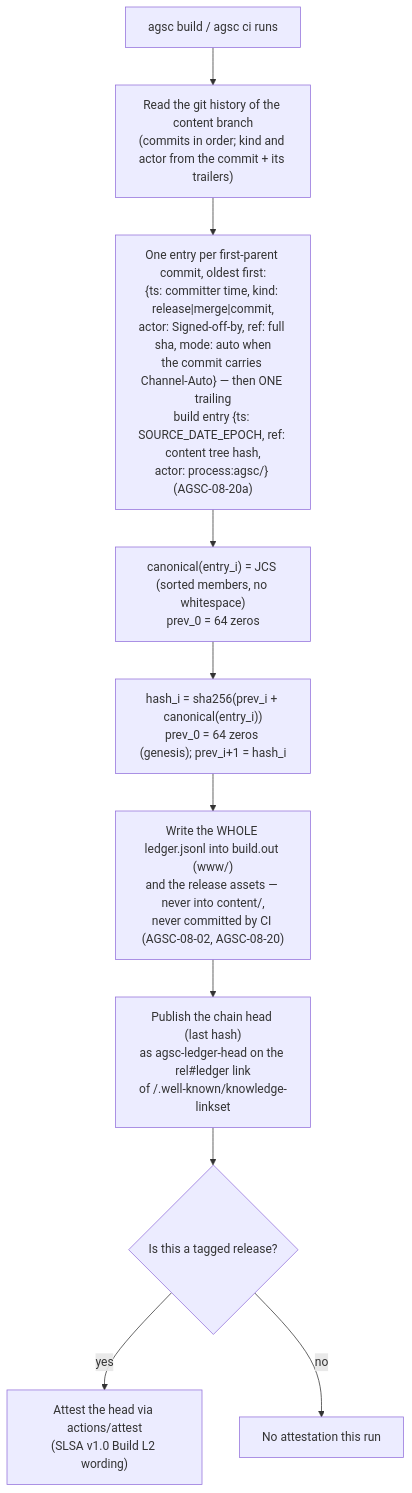
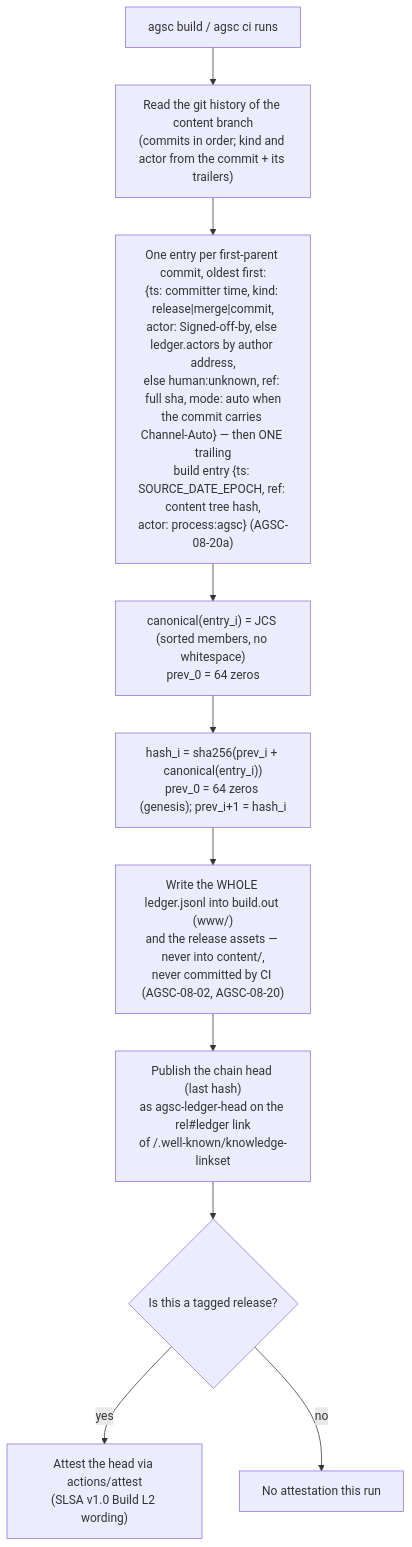
Before and after one commit to andreibesleaga/agentic-system-core: the first of 2 diagrams in docs/diagrams/algo-ledger.md, drawn with Mermaid. The commit also changed 41 other files, not shown here.

Commit message:
1.1 B03-WP2: fixes that follow a frozen rule (fixed area order and AGSC-E005 for conform, builder-independent ledger and ledger.actors, portable-name and noncharacter warnings, other text files, nesting bound, typed peers, contribute repository and branch, advisory time budget)

````diff
--- a/docs/diagrams/algo-ledger.md
+++ b/docs/diagrams/algo-ledger.md
@@ -5,12 +5,12 @@
 ```mermaid
 flowchart TD
   A["agsc build / agsc ci runs"] --> B["Read the git history of the content branch\n(commits in order; kind and actor from the commit + its trailers)"]
-  B --> C["One entry per first-parent commit, oldest first:\n{ts: committer time, kind: release|merge|commit,\nactor: Signed-off-by, ref: full sha, mode: auto when\nthe commit carries Channel-Auto} — then ONE trailing\nbuild entry {ts: SOURCE_DATE_EPOCH, ref: content tree hash,\nactor: process:agsc/<version>} (AGSC-08-20a)"]
+  B --> C["One entry per first-parent commit, oldest first:\n{ts: committer time, kind: release|merge|commit,\nactor: Signed-off-by, else ledger.actors by author address,\nelse human:unknown, ref: full sha, mode: auto when\nthe commit carries Channel-Auto} — then ONE trailing\nbuild entry {ts: SOURCE_DATE_EPOCH, ref: content tree hash,\nactor: process:agsc} (AGSC-08-20a)"]
   C --> D["canonical(entry_i) = JCS (sorted members, no whitespace)\nprev_0 = 64 zeros"]
   D --> E["hash_i = sha256(prev_i + canonical(entry_i))\nprev_0 = 64 zeros (genesis); prev_i+1 = hash_i"]
   E --> F["Write the WHOLE ledger.jsonl into build.out (www/)\nand the release assets — never into content/,\nnever committed by CI (AGSC-08-02, AGSC-08-20)"]
   F --> G["Publish the chain head (last hash)\nas agsc-ledger-head on the rel#ledger link\nof /.well-known/knowledge-linkset"]
   G --> H{"Is this a tagged release?"}
   H -- yes --> I["Attest the head via actions/attest\n(SLSA v1.0 Build L2 wording)"]
   H -- no --> J["No attestation this run"]
 ```
````
